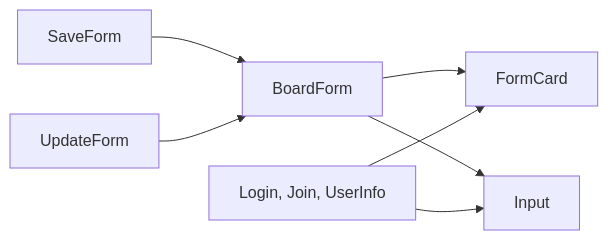
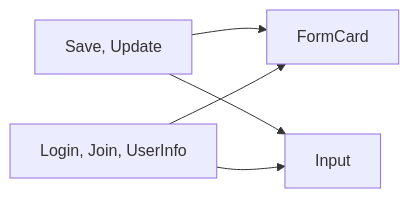
One commit to metakit-sorucecode/react-blog changed the eighth of 8 diagrams in .projectcode/wiki/scenarios.md. Above: the diagram before and after it, drawn with Mermaid. The commit also changed other lines of this file and 2 other files, not shown here.

````diff
--- a/.projectcode/wiki/scenarios.md
+++ b/.projectcode/wiki/scenarios.md
@@ -156,9 +157,7 @@
 ```mermaid
 flowchart LR
-  A[SaveForm] --> C[BoardForm]
-  B[UpdateForm] --> C
-  C --> D[FormCard]
-  C --> E[Input]
+  A["Save, Update"] --> D[FormCard]
+  A --> E[Input]
   F["Login, Join, UserInfo"] --> D
   F --> E
 ```
````
